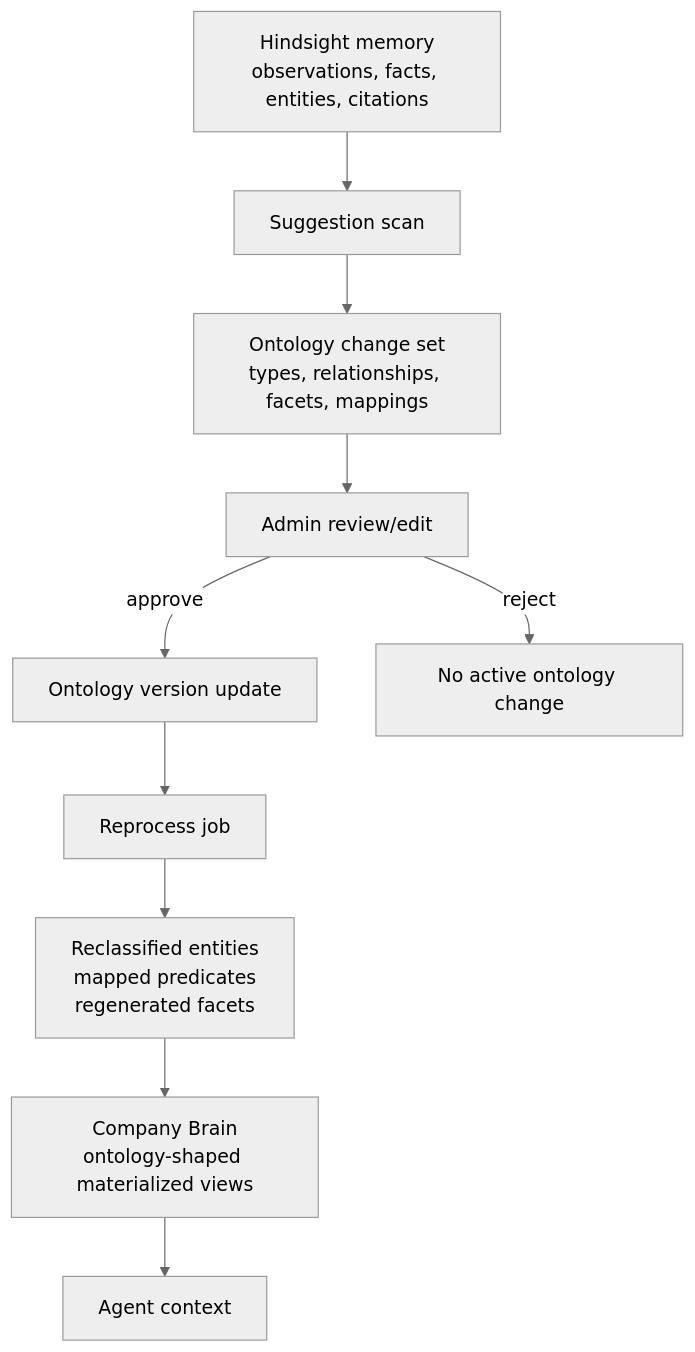
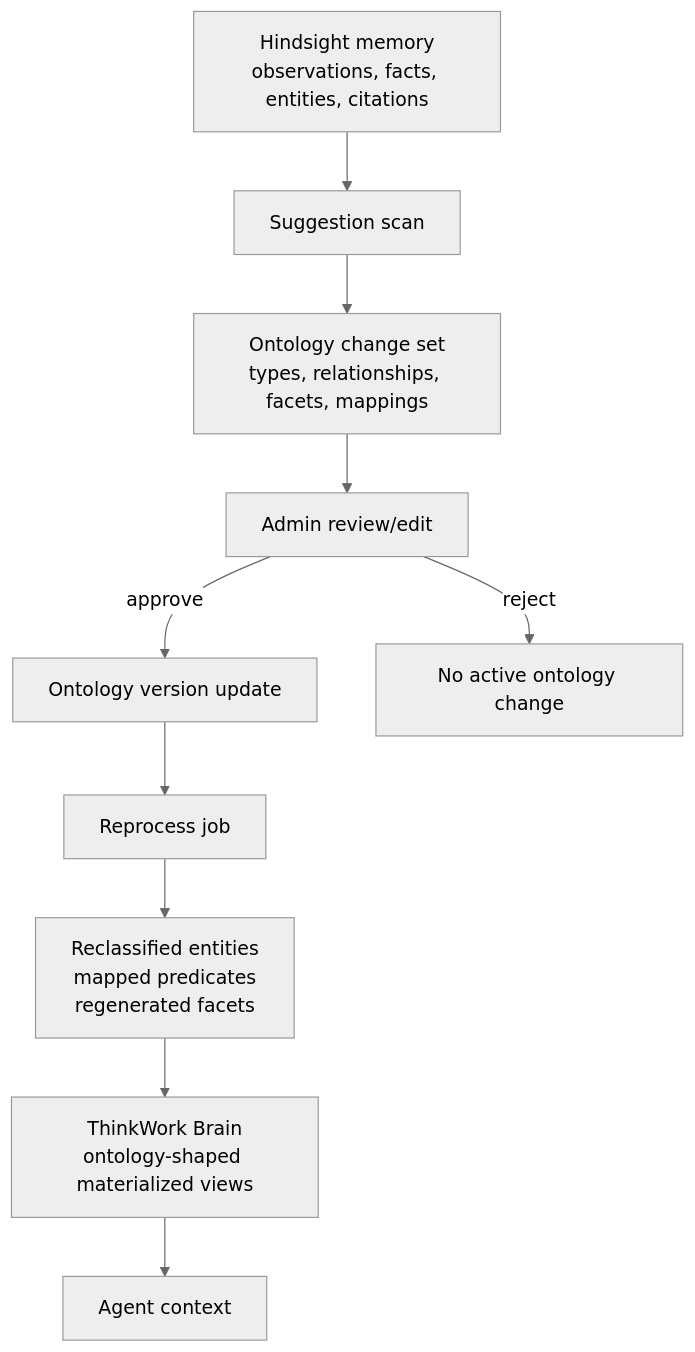
The diagram in docs/brainstorms/2026-05-17-business-ontology-change-sets-requirements.md (thinkwork-ai/thinkwork), drawn with Mermaid (neutral theme) before and after one commit. The commit also changed other lines of this file and 223 other files, not shown here.

Commit message:
refactor: finish graph substrate cleanup

````diff
--- a/docs/brainstorms/2026-05-17-business-ontology-change-sets-requirements.md
+++ b/docs/brainstorms/2026-05-17-business-ontology-change-sets-requirements.md
@@ -189,12 +189,12 @@
 ```mermaid
 flowchart TD
   A["Hindsight memory<br/>observations, facts, entities, citations"] --> B["Suggestion scan"]
   B --> C["Ontology change set<br/>types, relationships, facets, mappings"]
   C --> D["Admin review/edit"]
   D -->|approve| E["Ontology version update"]
   D -->|reject| R["No active ontology change"]
   E --> F["Reprocess job"]
   F --> G["Reclassified entities<br/>mapped predicates<br/>regenerated facets"]
-  G --> H["Company Brain<br/>ontology-shaped materialized views"]
+  G --> H["ThinkWork Brain<br/>ontology-shaped materialized views"]
   H --> I["Agent context"]
 ```
````
